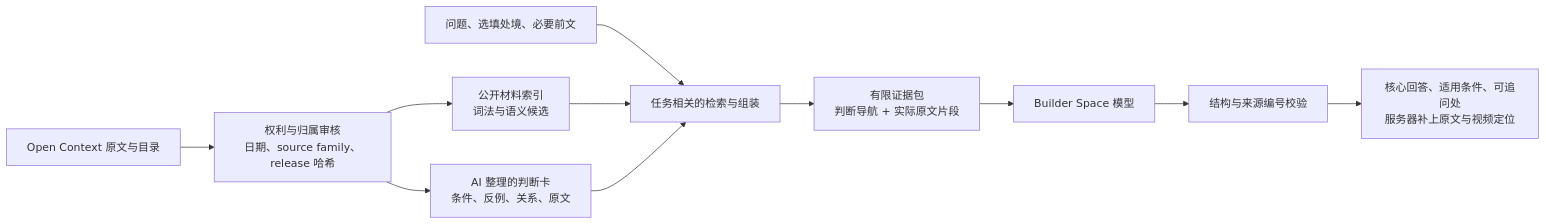
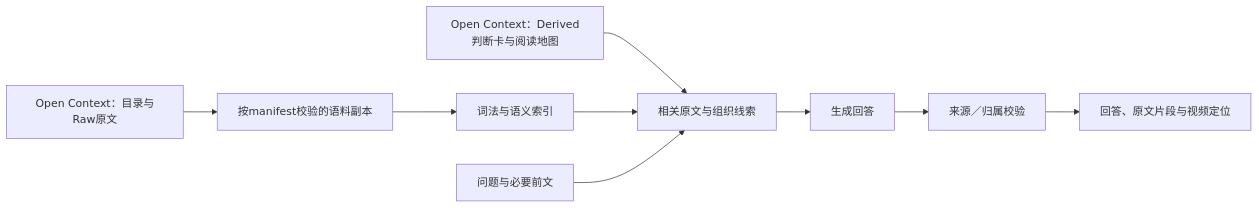
Before and after one commit to sunyuzheng/ask-lizheng: the diagram in docs/CONTEXT_ARCHITECTURE.md, drawn with Mermaid. The commit also changed other lines of this file and 375 other files, not shown here.

````diff
--- a/docs/CONTEXT_ARCHITECTURE.md
+++ b/docs/CONTEXT_ARCHITECTURE.md
@@ -5,13 +5,11 @@
 ```mermaid
 flowchart LR
-  A[Open Context 原文与目录] --> B[权利与归属审核\n日期、source family、release 哈希]
-  B --> C[公开材料索引\n词法与语义候选]
-  B --> D[AI 整理的判断卡\n条件、反例、关系、原文]
-  Q[问题、选填处境、必要前文] --> R[任务相关的检索与组装]
-  C --> R
-  D --> R
-  R --> E[有限证据包\n判断导航 + 实际原文片段]
-  E --> F[Builder Space 模型]
-  F --> G[结构与来源编号校验]
-  G --> H[核心回答、适用条件、可追问处\n服务器补上原文与视频定位]
+  A[Open Context：目录与Raw原文] --> B[按manifest校验的语料副本]
+  B --> C[词法与语义索引]
+  D[Open Context：Derived判断卡与阅读地图] --> E[相关原文与组织线索]
+  C --> E
+  Q[问题与必要前文] --> E
+  E --> F[生成回答]
+  F --> G[来源／归属校验]
+  G --> H[回答、原文片段与视频定位]
 ```
````
